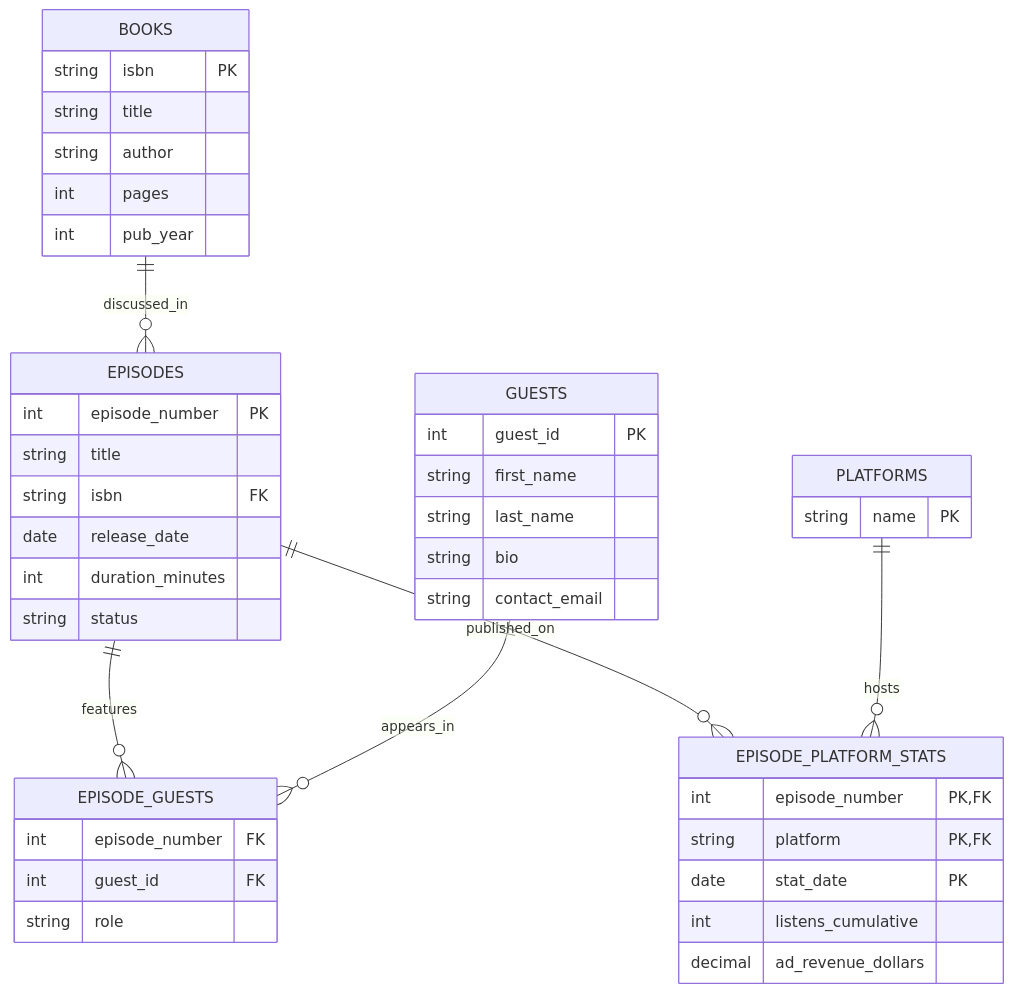
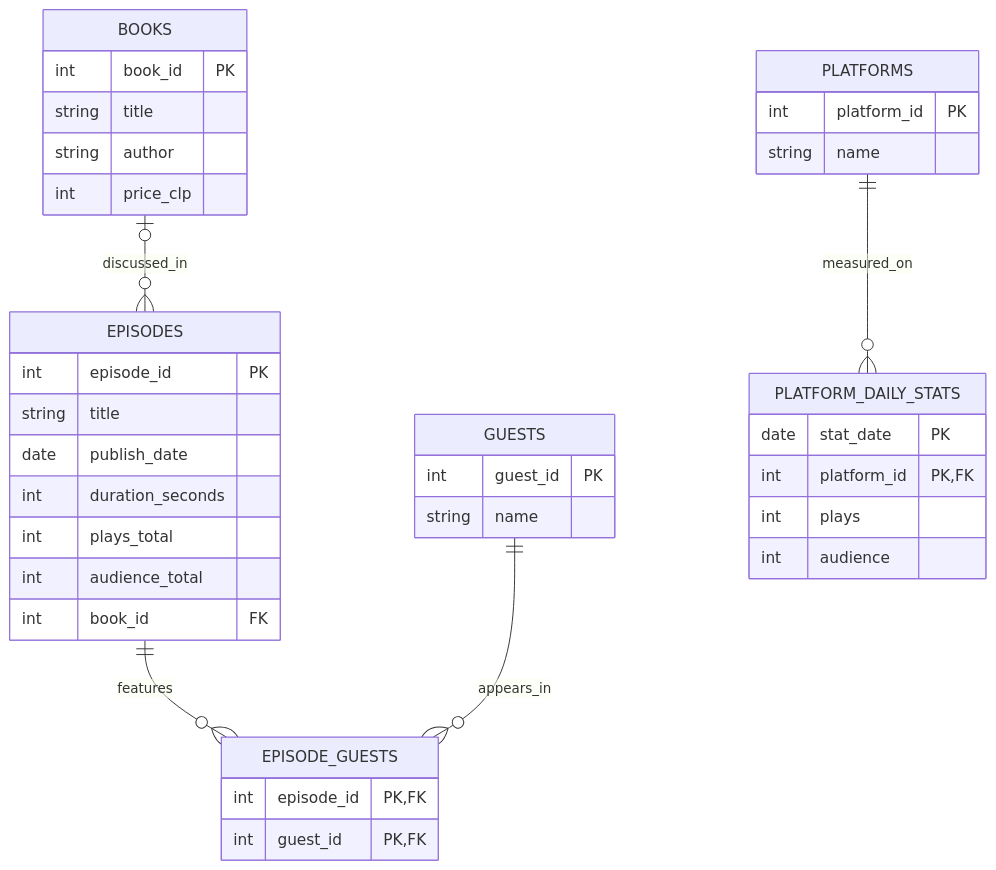
Before and after one commit to parmstrongbofill/oim7510: the diagram in projects/db/README.md, drawn with Mermaid. The commit also changed other lines of this file and 12 other files, not shown here.

````diff
--- a/projects/db/README.md
+++ b/projects/db/README.md
@@ -33,46 +32,41 @@
 ```mermaid
 erDiagram
-  BOOKS ||--o{ EPISODES : discussed_in
+  BOOKS |o--o{ EPISODES : discussed_in
   EPISODES ||--o{ EPISODE_GUESTS : features
   GUESTS ||--o{ EPISODE_GUESTS : appears_in
-  EPISODES ||--o{ EPISODE_PLATFORM_STATS : published_on
-  PLATFORMS ||--o{ EPISODE_PLATFORM_STATS : hosts
+  PLATFORMS ||--o{ PLATFORM_DAILY_STATS : measured_on
 
   BOOKS {
-    string isbn PK
+    int book_id PK
     string title
     string author
-    int pages
-    int pub_year
+    int price_clp
   }
   EPISODES {
-    int episode_number PK
+    int episode_id PK
     string title
-    string isbn FK
-    date release_date
-    int duration_minutes
-    string status
+    date publish_date
+    int duration_seconds
+    int plays_total
+    int audience_total
+    int book_id FK
   }
   GUESTS {
     int guest_id PK
-    string first_name
-    string last_name
-    string bio
-    string contact_email
+    string name
   }
   EPISODE_GUESTS {
-    int episode_number FK
-    int guest_id FK
-    string role
+    int episode_id PK, FK
+    int guest_id PK, FK
   }
   PLATFORMS {
-    string name PK
+    int platform_id PK
+    string name
   }
-  EPISODE_PLATFORM_STATS {
-    int episode_number PK, FK
-    string platform PK, FK
+  PLATFORM_DAILY_STATS {
     date stat_date PK
-    int listens_cumulative
-    decimal ad_revenue_dollars
+    int platform_id PK, FK
+    int plays
+    int audience
   }
 ```
````
